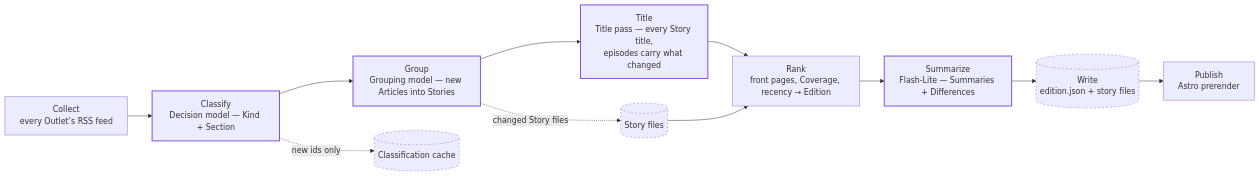
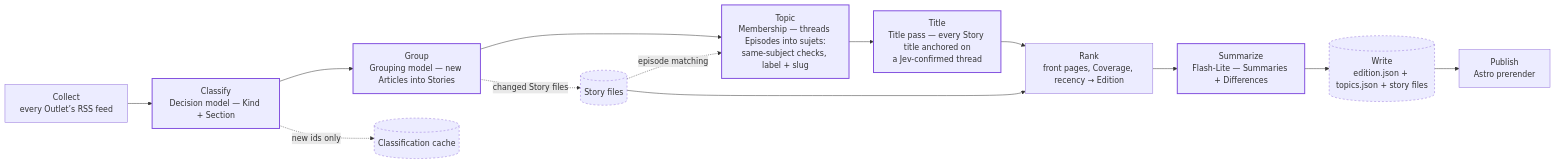
One commit to adesurirey/prisme changed the diagram in README.md. Above: the diagram before and after it, drawn with Mermaid. The commit also changed other lines of this file and 23 other files, not shown here.

First line of the commit message:
feat(pipeline): a Topic registry threads Episodes into sujets (#110)

````diff
--- a/README.md
+++ b/README.md
@@ -15,15 +15,17 @@
 ```mermaid
 flowchart LR
     classDef store stroke-dasharray:4;
     classDef model stroke:#8250df,stroke-width:2;
     A[Collect<br>every Outlet’s RSS feed] --> B[Classify<br>Decision model — Kind + Section]:::model
     B --> C[Group<br>Grouping model — new Articles into Stories]:::model
-    C --> T[Title<br>Title pass — every Story title,<br>episodes carry what changed]:::model
+    C --> T2[Topic<br>Membership — threads Episodes into sujets:<br>same-subject checks, label + slug]:::model
+    T2 --> T[Title<br>Title pass — every Story title anchored on<br>a Jev-confirmed thread]:::model
     T --> D[Rank<br>front pages, Coverage, recency → Edition]
     D --> E[Summarize<br>Flash-Lite — Summaries + Differences]:::model
-    E --> F[(Write<br>edition.json + story files)]:::store
+    E --> F[(Write<br>edition.json + topics.json + story files)]:::store
     F --> G[Publish<br>Astro prerender]
     B -. new ids only .-> H[(Classification cache)]:::store
     C -. changed Story files .-> I[(Story files)]:::store
+    I -. episode matching .-> T2
     I --> D
 ```
````
